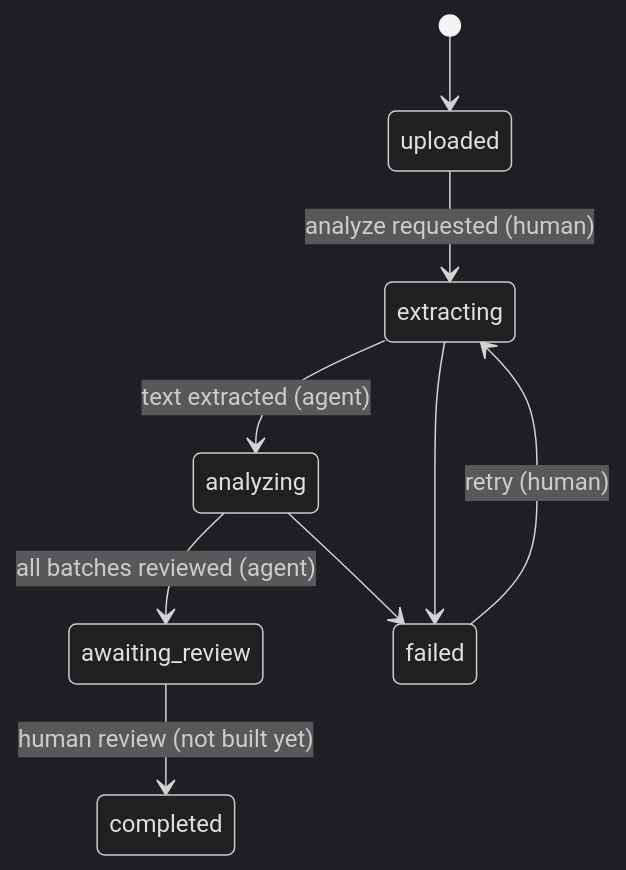
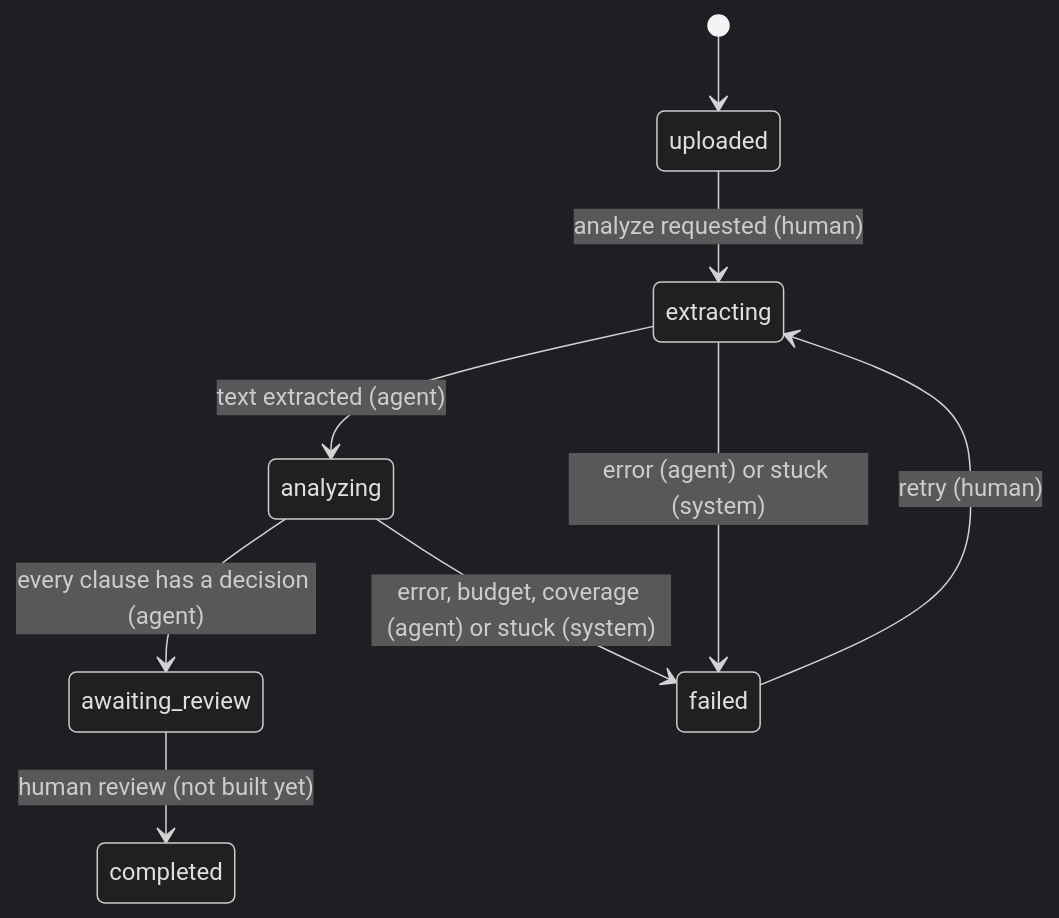
One commit to rma25/contract-review-agent changed the second of 2 diagrams in docs/architecture.md. Above: the diagram before and after it, drawn with Mermaid (dark theme). The commit also changed other lines of this file and 38 other files, not shown here.

````diff
--- a/docs/architecture.md
+++ b/docs/architecture.md
@@ -55,11 +61,11 @@
 ```mermaid
 stateDiagram-v2
     [*] --> uploaded
     uploaded --> extracting: analyze requested (human)
     failed --> extracting: retry (human)
     extracting --> analyzing: text extracted (agent)
-    extracting --> failed
-    analyzing --> awaiting_review: all batches reviewed (agent)
-    analyzing --> failed
+    extracting --> failed: error (agent) or stuck (system)
+    analyzing --> awaiting_review: every clause has a decision (agent)
+    analyzing --> failed: error, budget, coverage (agent) or stuck (system)
     awaiting_review --> completed: human review (not built yet)
 ```
````
